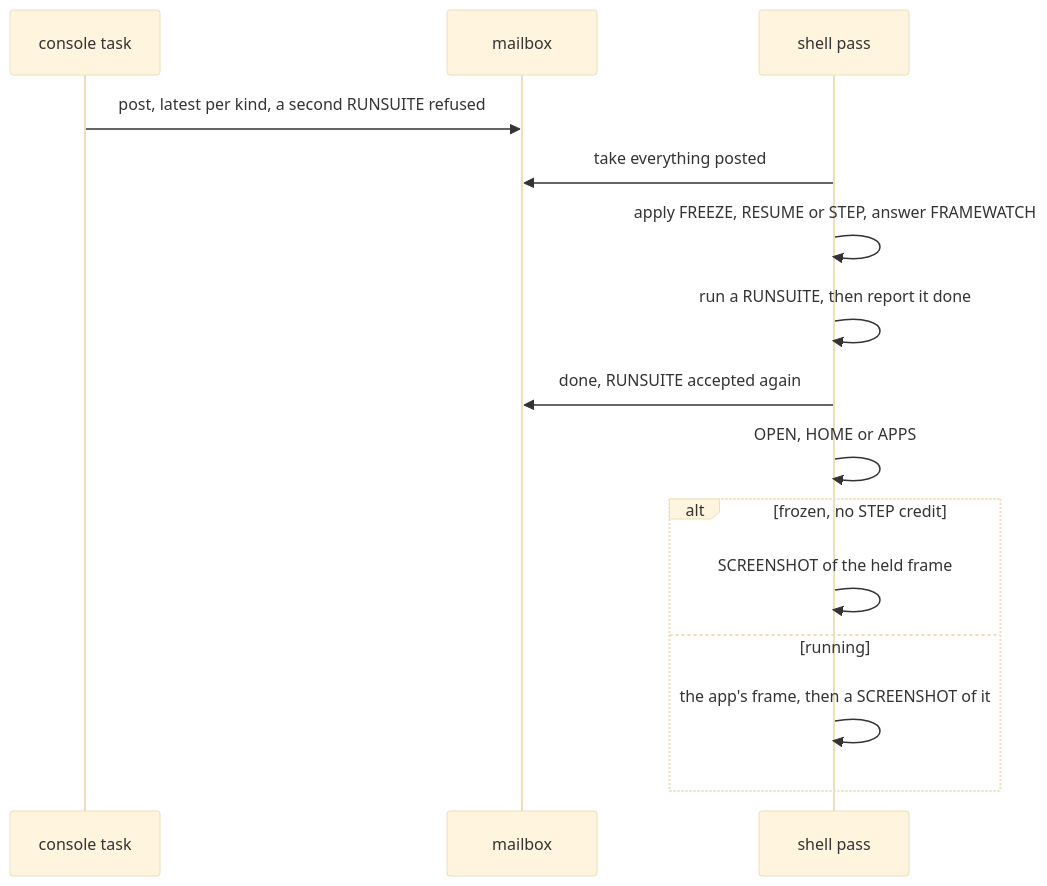
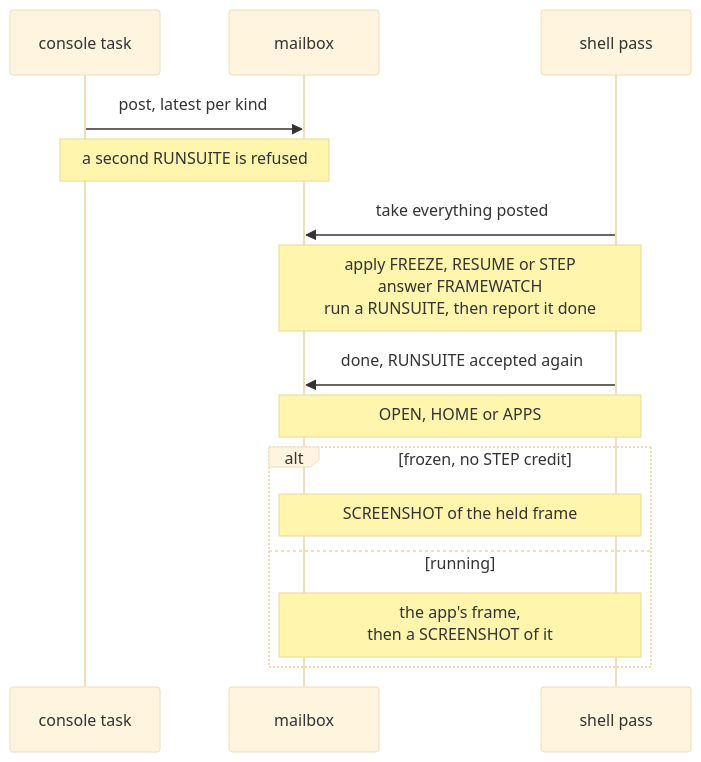
One commit to jose-villegas/autana changed the second of 2 diagrams in docs/firmware/Frame-Loop.md. Above: the diagram before and after it, drawn with Mermaid (base theme). The commit also changed other lines of this file and 2 other files, not shown here.

Commit message:
docs: fix overlapping labels in the frame-loop, present and UI diagrams (autana-s9u0)

````diff
--- a/docs/firmware/Frame-Loop.md
+++ b/docs/firmware/Frame-Loop.md
@@ -46,17 +51,17 @@
 ```mermaid
 sequenceDiagram
     participant Console as console task
     participant Mail as mailbox
     participant Shell as shell pass
-    Console->>Mail: post, latest per kind, a second RUNSUITE refused
+    Console->>Mail: post, latest per kind
+    Note over Console,Mail: a second RUNSUITE is refused
     Shell->>Mail: take everything posted
-    Shell->>Shell: apply FREEZE, RESUME or STEP, answer FRAMEWATCH
-    Shell->>Shell: run a RUNSUITE, then report it done
+    Note over Mail,Shell: apply FREEZE, RESUME or STEP<br/>answer FRAMEWATCH<br/>run a RUNSUITE, then report it done
     Shell->>Mail: done, RUNSUITE accepted again
-    Shell->>Shell: OPEN, HOME or APPS
+    Note over Mail,Shell: OPEN, HOME or APPS
     alt frozen, no STEP credit
-        Shell->>Shell: SCREENSHOT of the held frame
+        Note over Mail,Shell: SCREENSHOT of the held frame
     else running
-        Shell->>Shell: the app's frame, then a SCREENSHOT of it
+        Note over Mail,Shell: the app's frame,<br/>then a SCREENSHOT of it
     end
 ```
````
